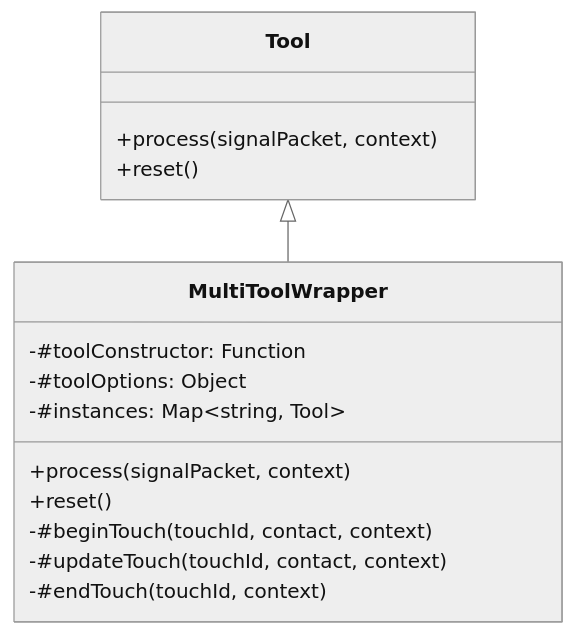
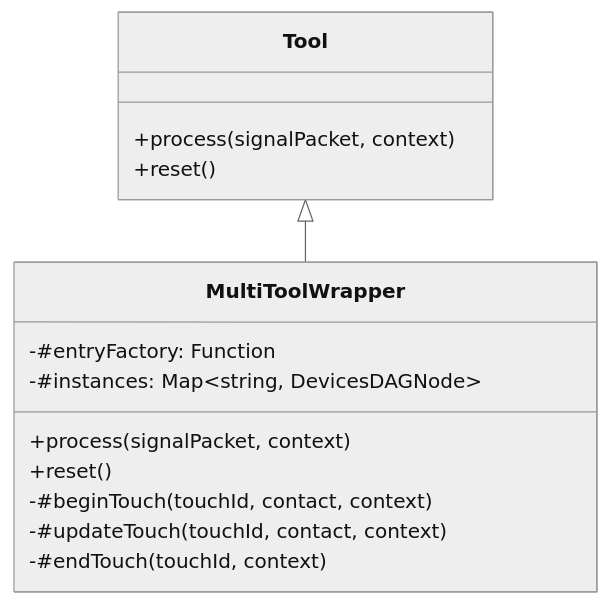
The diagram in src/core/ui/devices-dag/tools/docs/multi-tool-wrapper-document.md (Frank-Steven/HoundWhiteboard), drawn with Mermaid (neutral theme) before and after one commit. The commit also changed other lines of this file and 8 other files, not shown here.

First line of the commit message:
refactor(dag): 将路由引擎迁入设备图节点中

````diff
--- a/src/core/ui/devices-dag/tools/docs/multi-tool-wrapper-document.md
+++ b/src/core/ui/devices-dag/tools/docs/multi-tool-wrapper-document.md
@@ -15,20 +15,19 @@
 ```mermaid
 classDiagram
     class Tool {
         +process(signalPacket, context)
         +reset()
     }
 
     class MultiToolWrapper {
-        -#toolConstructor: Function
-        -#toolOptions: Object
-        -#instances: Map~string, Tool~
+        -#entryFactory: Function
+        -#instances: Map~string, DevicesDAGNode~
         +process(signalPacket, context)
         +reset()
         -#beginTouch(touchId, contact, context)
         -#updateTouch(touchId, contact, context)
         -#endTouch(touchId, context)
     }
 
     Tool <|-- MultiToolWrapper
 ```
````
